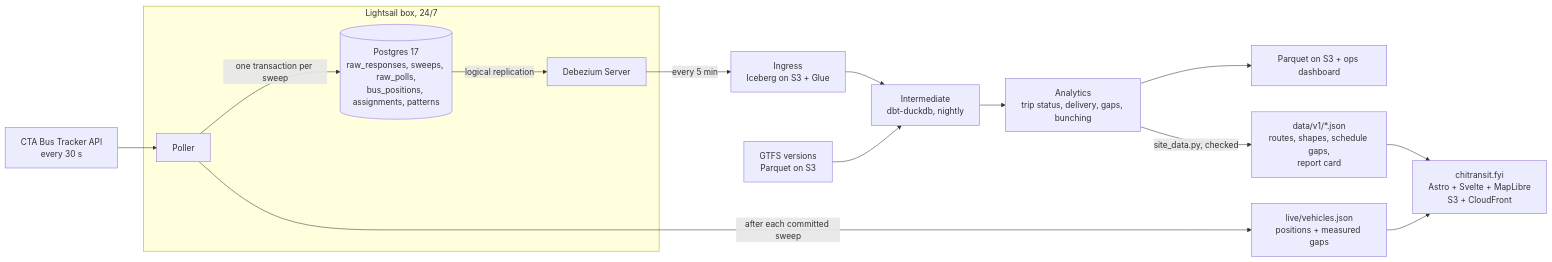
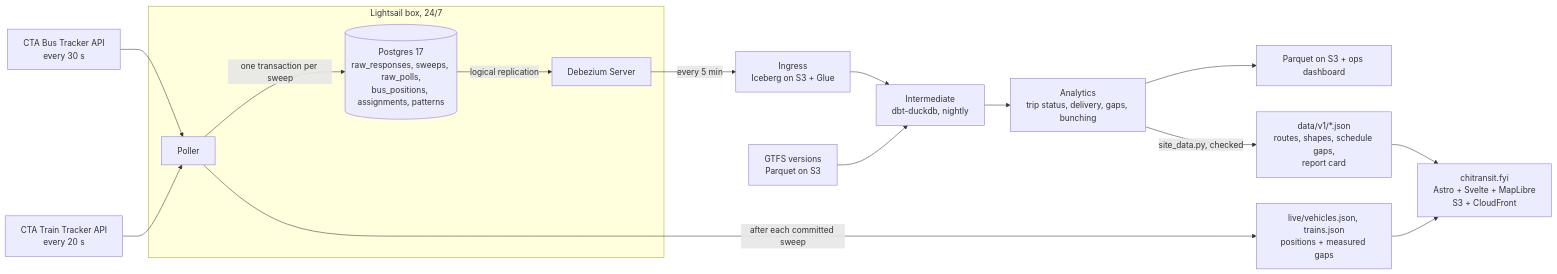
The diagram in README.md (sohammandal/chitransit), drawn with Mermaid before and after one commit. The commit also changed other lines of this file and 17 other files, not shown here.

````diff
--- a/README.md
+++ b/README.md
@@ -40,17 +41,18 @@
 ```mermaid
 flowchart LR
     BT[CTA Bus Tracker API<br/>every 30 s] --> P
+    TT[CTA Train Tracker API<br/>every 20 s] --> P
     subgraph BOX[Lightsail box, 24/7]
         P[Poller] -->|one transaction per sweep| PG[(Postgres 17<br/>raw_responses, sweeps, raw_polls,<br/>bus_positions, assignments, patterns)]
         PG -->|logical replication| CDC[Debezium Server]
     end
     CDC -->|every 5 min| ING[Ingress<br/>Iceberg on S3 + Glue]
     GTFS[GTFS versions<br/>Parquet on S3] --> INT
     ING --> INT[Intermediate<br/>dbt-duckdb, nightly]
     INT --> AN[Analytics<br/>trip status, delivery, gaps, bunching]
     AN --> OUT[Parquet on S3 + ops dashboard]
-    P -->|after each committed sweep| LIVE[live/vehicles.json<br/>positions + measured gaps]
+    P -->|after each committed sweep| LIVE[live/vehicles.json, trains.json<br/>positions + measured gaps]
     AN -->|site_data.py, checked| DATA[data/v1/*.json<br/>routes, shapes, schedule gaps,<br/>report card]
     LIVE --> SITE[chitransit.fyi<br/>Astro + Svelte + MapLibre<br/>S3 + CloudFront]
     DATA --> SITE
 ```
````
